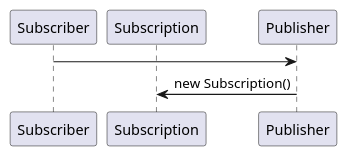
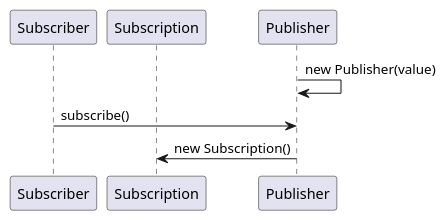
One commit to yanghoon/obsidian-workspace changed the diagram in _diary/2024-06-18.md. Above: the diagram before and after it, drawn with PlantUML.

Commit message:
vault backup: 2024-06-18 23:59:40

````diff
--- a/_diary/2024-06-18.md
+++ b/_diary/2024-06-18.md
@@ -3,12 +3,13 @@
 ```plantuml
 @startuml
 
 participant Subscriber as Subr
 participant Subscription as Sub
 participant Publisher as Pub
 
-Subr -> Pub
+Pub -> Pub: new Publisher(value)
+Subr -> Pub: subscribe()
 Pub -> Sub: new Subscription()
 
 @enduml
 ```
````
